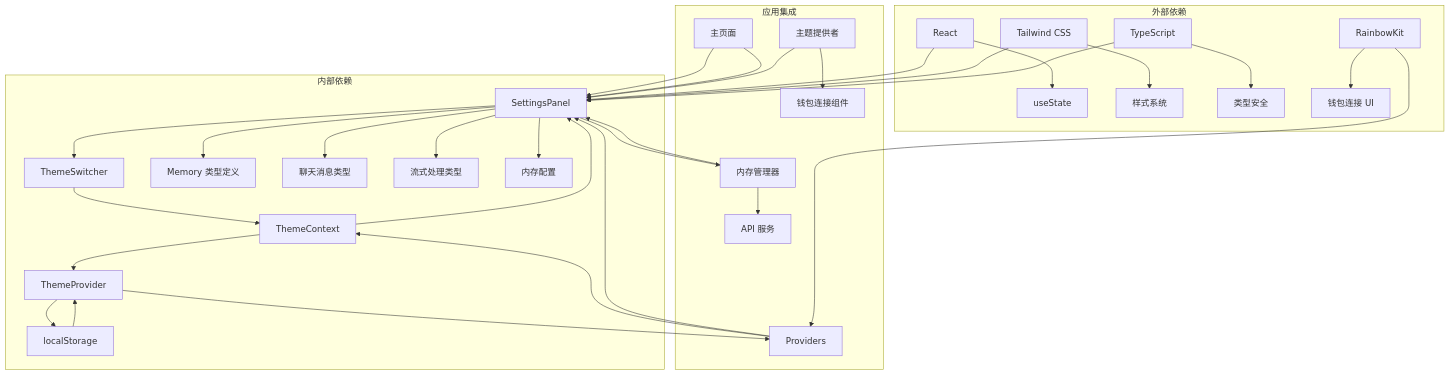
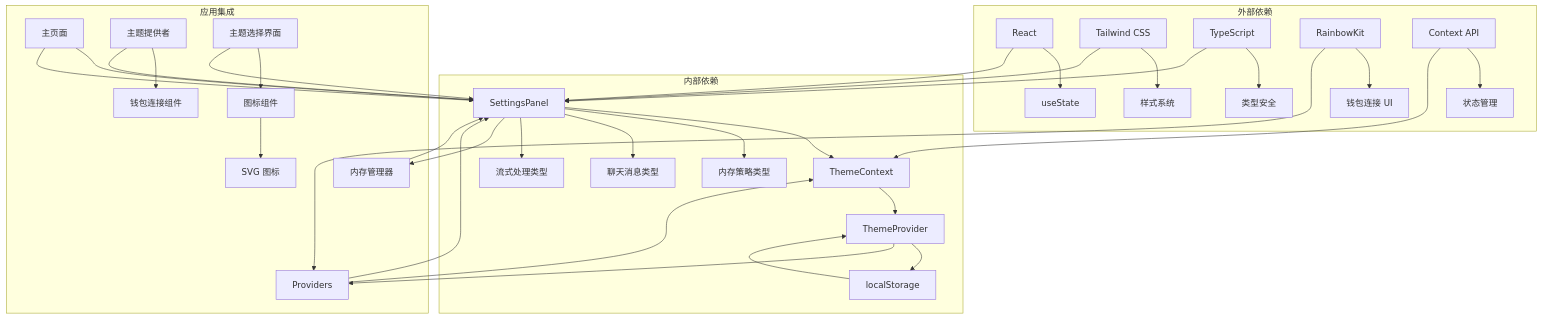
One commit to CryptoLinxu/Web3-AI-Agent changed the ninth of 10 diagrams in .qoder/repowiki/zh/content/项目概述/整体架构概览/Web应用程序/设置面板组件.md. Above: the diagram before and after it, drawn with Mermaid. The commit also changed other lines of this file and 11 other files, not shown here.

````diff
--- a/.qoder/repowiki/zh/content/项目概述/整体架构概览/Web应用程序/设置面板组件.md
+++ b/.qoder/repowiki/zh/content/项目概述/整体架构概览/Web应用程序/设置面板组件.md
@@ -472,37 +397,38 @@
 ```mermaid
 graph TB
 subgraph "外部依赖"
 A[React] --> B[useState]
 C[Tailwind CSS] --> D[样式系统]
 E[TypeScript] --> F[类型安全]
 G[RainbowKit] --> H[钱包连接 UI]
+I[Context API] --> J[状态管理]
 end
 subgraph "内部依赖"
-I[SettingsPanel] --> J[ThemeSwitcher]
-I --> K[Memory 类型定义]
-I --> L[聊天消息类型]
-I --> M[流式处理类型]
-I --> N[内存配置]
-J --> O[ThemeContext]
-O --> P[ThemeProvider]
+K[SettingsPanel] --> L[ThemeContext]
+K --> M[内存策略类型]
+K --> N[聊天消息类型]
+K --> O[流式处理类型]
+L --> P[ThemeProvider]
 P --> Q[localStorage]
 end
 subgraph "应用集成"
-R[主页面] --> I
-I --> S[内存管理器]
-T[Providers] --> O
+R[主页面] --> K
+K --> S[内存管理器]
+T[Providers] --> L
 U[主题提供者] --> V[钱包连接组件]
-S --> W[API 服务]
+W[主题选择界面] --> X[图标组件]
+X --> Y[SVG 图标]
 end
-A --> I
-C --> I
-E --> I
+A --> K
+C --> K
+E --> K
 G --> T
-O --> I
+I --> L
 P --> T
 Q --> P
-R --> I
-S --> I
-T --> I
-U --> I
+R --> K
+S --> K
+T --> K
+U --> K
+W --> K
 ```
````
